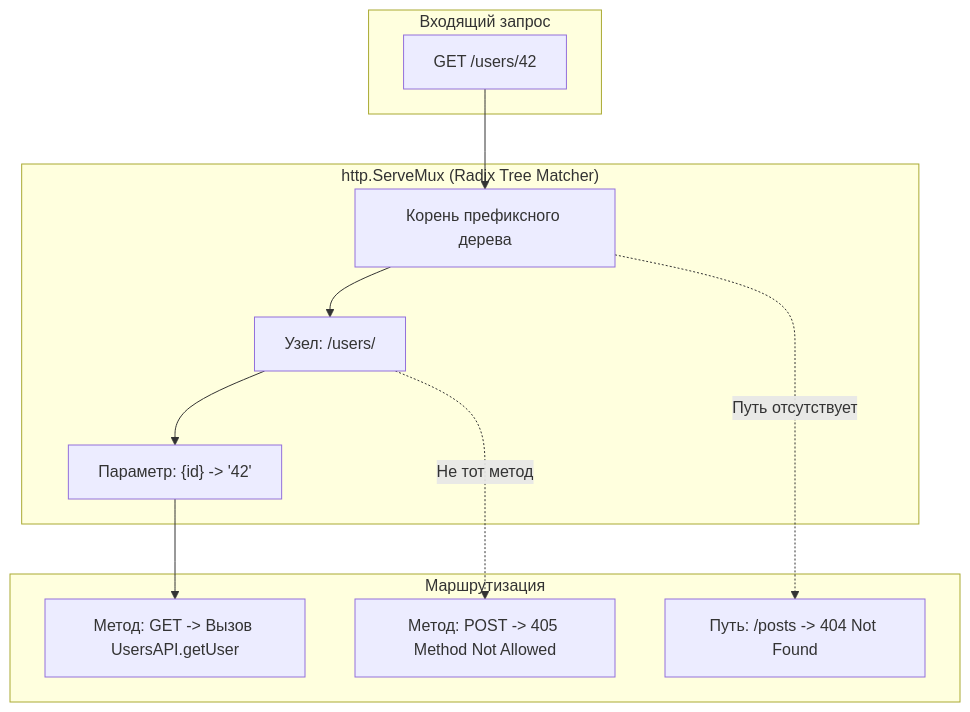
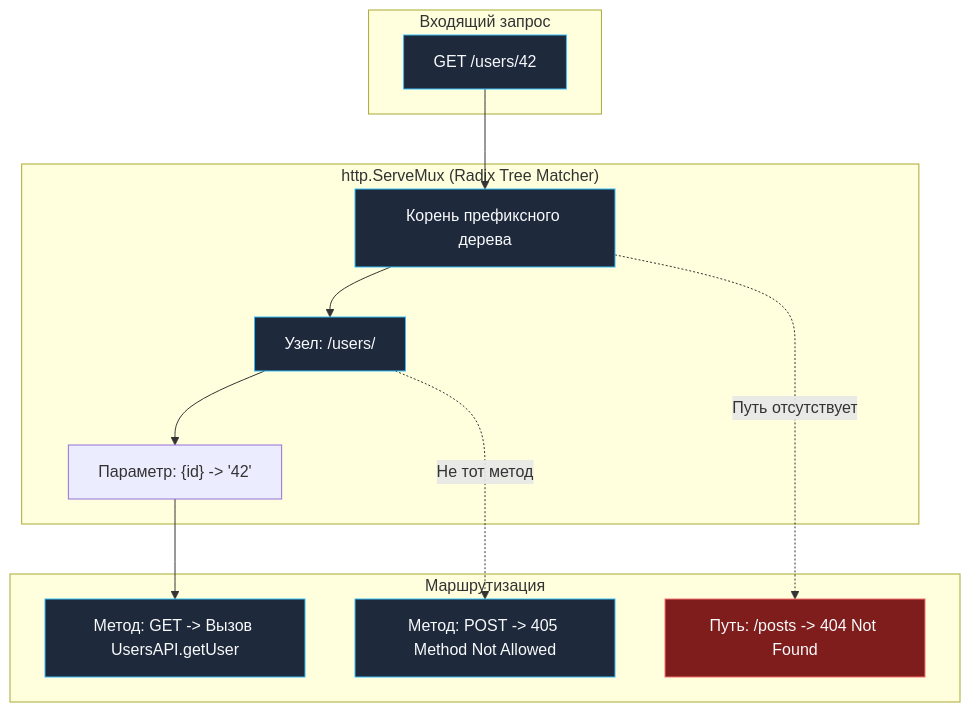
Before and after one commit to UnrealTemplier/go-textbook: the diagram in sources/15. Тестирование в Go (QA & Testing)/06. HTTP и API тестирование/4. Тестирование REST API.md, drawn with Mermaid. The commit also changed 1666 other files, not shown here.

First line of the commit message:
feat(mermaid): add semantic color classDef to 1369 colorless flowchart/graph diagrams

````diff
--- a/sources/15. Тестирование в Go (QA & Testing)/06. HTTP и API тестирование/4. Тестирование REST API.md
+++ b/sources/15. Тестирование в Go (QA & Testing)/06. HTTP и API тестирование/4. Тестирование REST API.md
@@ -31,25 +31,35 @@
 ```mermaid
 flowchart TD
+    classDef process  fill:#1e293b,stroke:#38bdf8,stroke-width:1px,color:#f8fafc
+    classDef success  fill:#064e3b,stroke:#34d399,stroke-width:1px,color:#f8fafc
+    classDef error    fill:#7f1d1d,stroke:#f87171,stroke-width:1px,color:#f8fafc
+    classDef warning  fill:#78350f,stroke:#fbbf24,stroke-width:1px,color:#f8fafc
+    classDef entry    fill:#1e3a5f,stroke:#38bdf8,stroke-width:2px,color:#f8fafc
+    classDef aux      fill:#334155,stroke:#64748b,stroke-width:1px,color:#f8fafc
+    classDef system   fill:#312e81,stroke:#a78bfa,stroke-width:1px,color:#f8fafc
+    classDef data     fill:#132d29,stroke:#2dd4bf,stroke-width:1px,color:#f8fafc
+    classDef network  fill:#881337,stroke:#fb7185,stroke-width:1px,color:#f8fafc
+    classDef accent   fill:#1e1b4b,stroke:#818cf8,stroke-width:1px,color:#f8fafc
     subgraph ClientRequest["Входящий запрос"]
-        Req["GET /users/42"]
+        Req["GET /users/42"]:::process
     end
 
     subgraph Router["http.ServeMux (Radix Tree Matcher)"]
-        Tree["Корень префиксного дерева"]
-        UsersNode["Узел: /users/"]
+        Tree["Корень префиксного дерева"]:::process
+        UsersNode["Узел: /users/"]:::process
         Wildcard["Параметр: {id} -> '42'"]
         
         Tree --> UsersNode --> Wildcard
     end
 
     subgraph Target["Маршрутизация"]
-        Match["Метод: GET -> Вызов UsersAPI.getUser"]
-        MismatchMethod["Метод: POST -> 405 Method Not Allowed"]
-        MismatchPath["Путь: /posts -> 404 Not Found"]
+        Match["Метод: GET -> Вызов UsersAPI.getUser"]:::process
+        MismatchMethod["Метод: POST -> 405 Method Not Allowed"]:::process
+        MismatchPath["Путь: /posts -> 404 Not Found"]:::error
     end
 
     Req --> Tree
     Wildcard --> Match
     UsersNode -.->|"Не тот метод"| MismatchMethod
     Tree -.->|"Путь отсутствует"| MismatchPath
 ```
````
